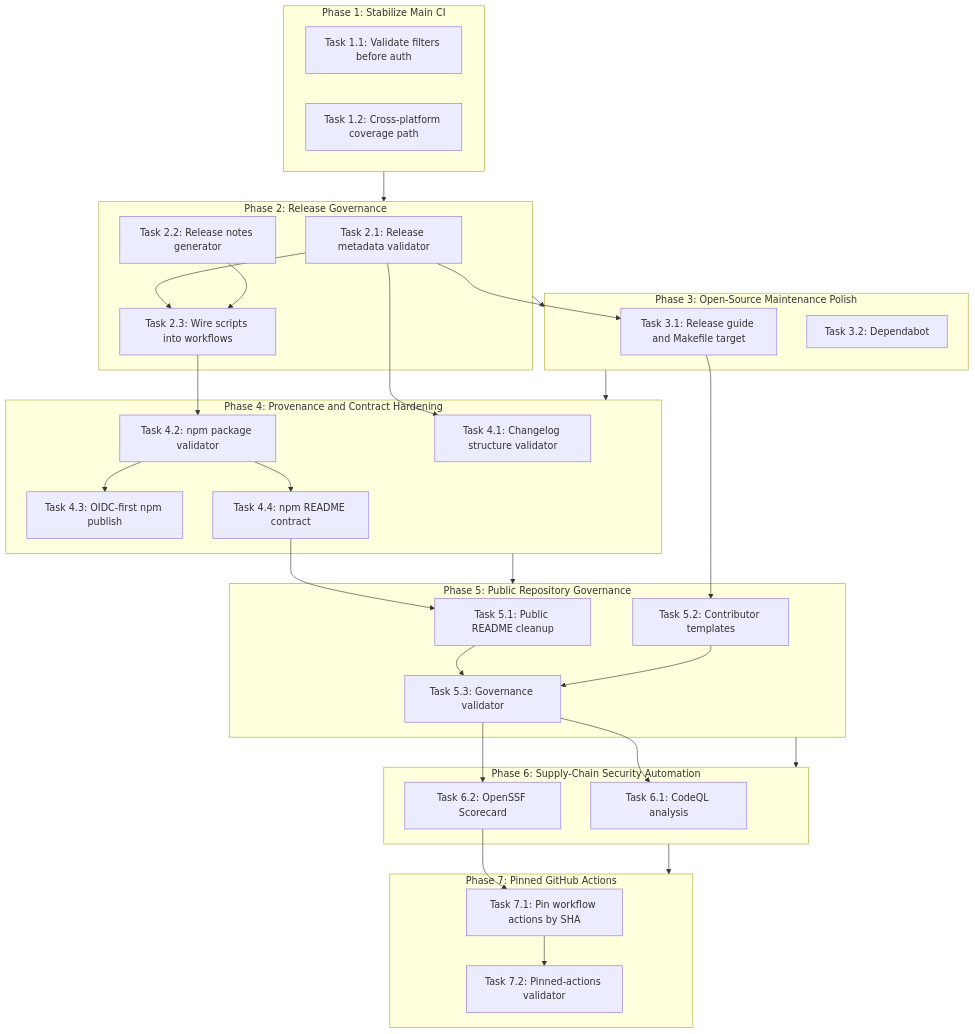
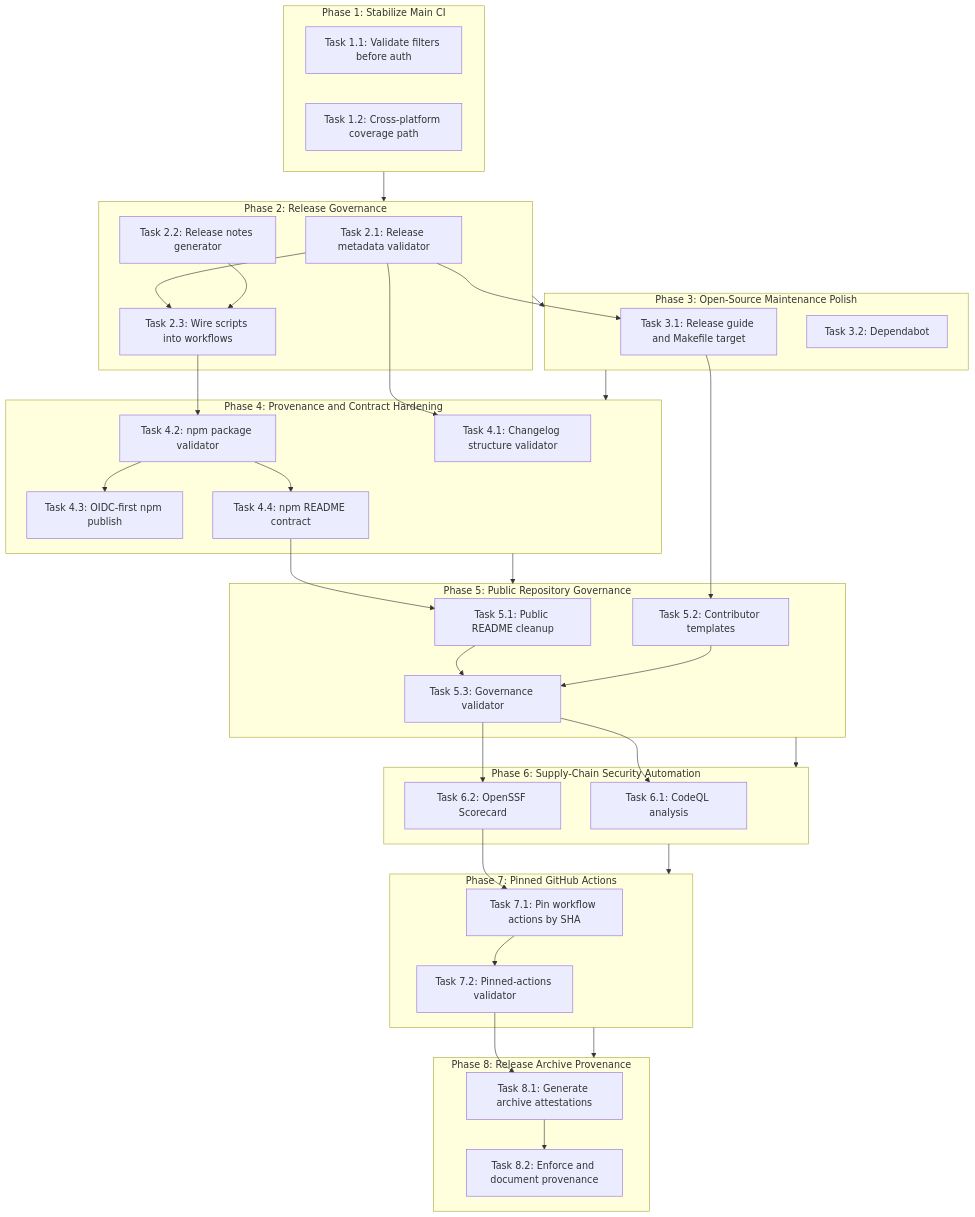
One commit to DeliciousBuding/dida-cli changed the diagram in docs/plan/dependency-graph.md. Above: the diagram before and after it, drawn with Mermaid. The commit also changed 10 other files, not shown here.

````diff
--- a/docs/plan/dependency-graph.md
+++ b/docs/plan/dependency-graph.md
@@ -3,63 +3,71 @@
 ```mermaid
 graph TD
   subgraph Phase1["Phase 1: Stabilize Main CI"]
     T11["Task 1.1: Validate filters before auth"]
     T12["Task 1.2: Cross-platform coverage path"]
   end
 
   subgraph Phase2["Phase 2: Release Governance"]
     T21["Task 2.1: Release metadata validator"]
     T22["Task 2.2: Release notes generator"]
     T23["Task 2.3: Wire scripts into workflows"]
   end
 
   subgraph Phase3["Phase 3: Open-Source Maintenance Polish"]
     T31["Task 3.1: Release guide and Makefile target"]
     T32["Task 3.2: Dependabot"]
   end
 
   subgraph Phase4["Phase 4: Provenance and Contract Hardening"]
     T41["Task 4.1: Changelog structure validator"]
     T42["Task 4.2: npm package validator"]
     T43["Task 4.3: OIDC-first npm publish"]
     T44["Task 4.4: npm README contract"]
   end
 
   subgraph Phase5["Phase 5: Public Repository Governance"]
     T51["Task 5.1: Public README cleanup"]
     T52["Task 5.2: Contributor templates"]
     T53["Task 5.3: Governance validator"]
   end
 
   subgraph Phase6["Phase 6: Supply-Chain Security Automation"]
     T61["Task 6.1: CodeQL analysis"]
     T62["Task 6.2: OpenSSF Scorecard"]
   end
 
   subgraph Phase7["Phase 7: Pinned GitHub Actions"]
     T71["Task 7.1: Pin workflow actions by SHA"]
     T72["Task 7.2: Pinned-actions validator"]
   end
 
+  subgraph Phase8["Phase 8: Release Archive Provenance"]
+    T81["Task 8.1: Generate archive attestations"]
+    T82["Task 8.2: Enforce and document provenance"]
+  end
+
   T21 --> T23
   T22 --> T23
   T21 --> T31
   T21 --> T41
   T23 --> T42
   T42 --> T43
   T42 --> T44
   T44 --> T51
   T31 --> T52
   T51 --> T53
   T52 --> T53
   T53 --> T61
   T53 --> T62
   T62 --> T71
   T71 --> T72
+  T72 --> T81
+  T81 --> T82
   Phase1 --> Phase2
   Phase2 --> Phase3
   Phase3 --> Phase4
   Phase4 --> Phase5
   Phase5 --> Phase6
   Phase6 --> Phase7
+  Phase7 --> Phase8
 ```
````
